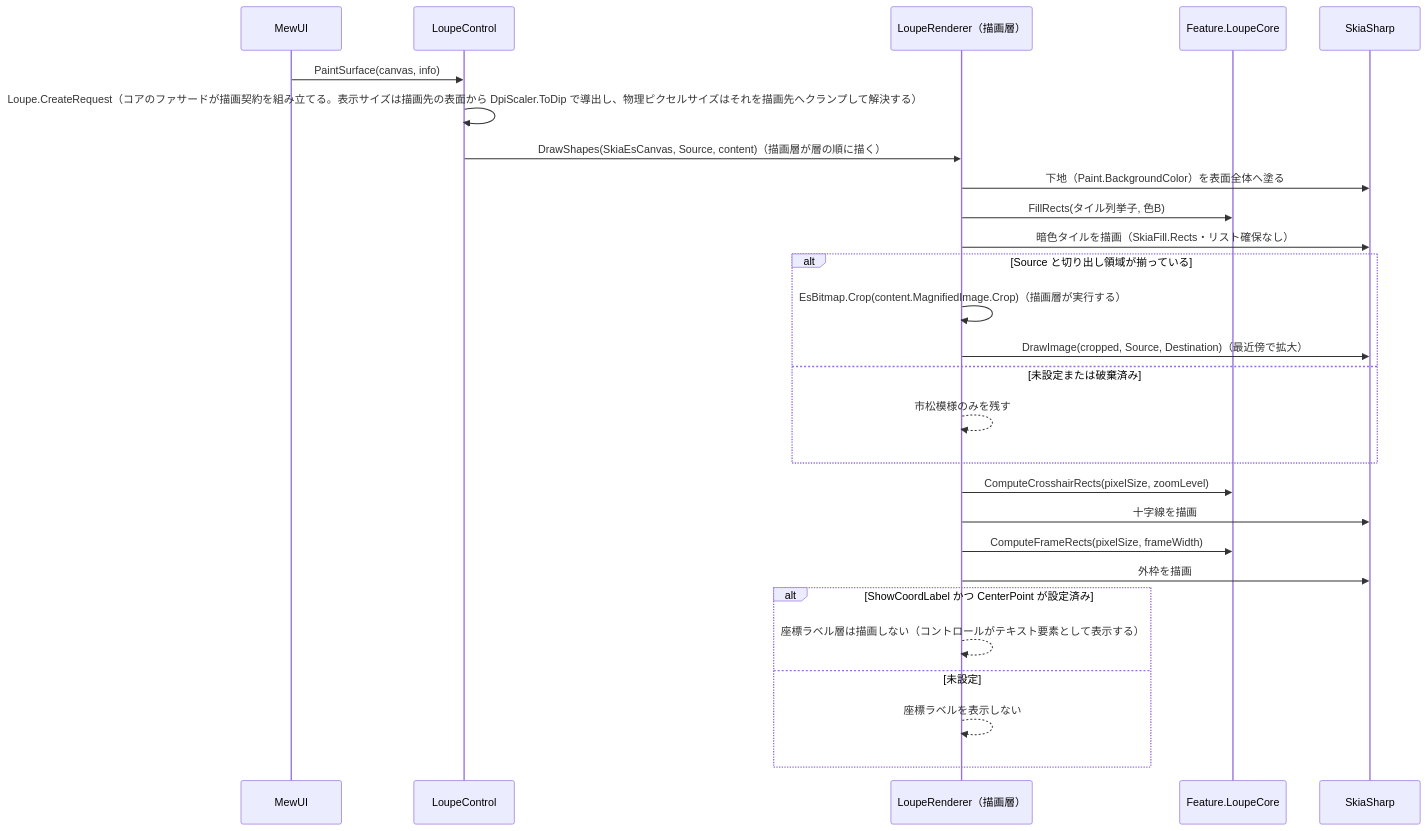
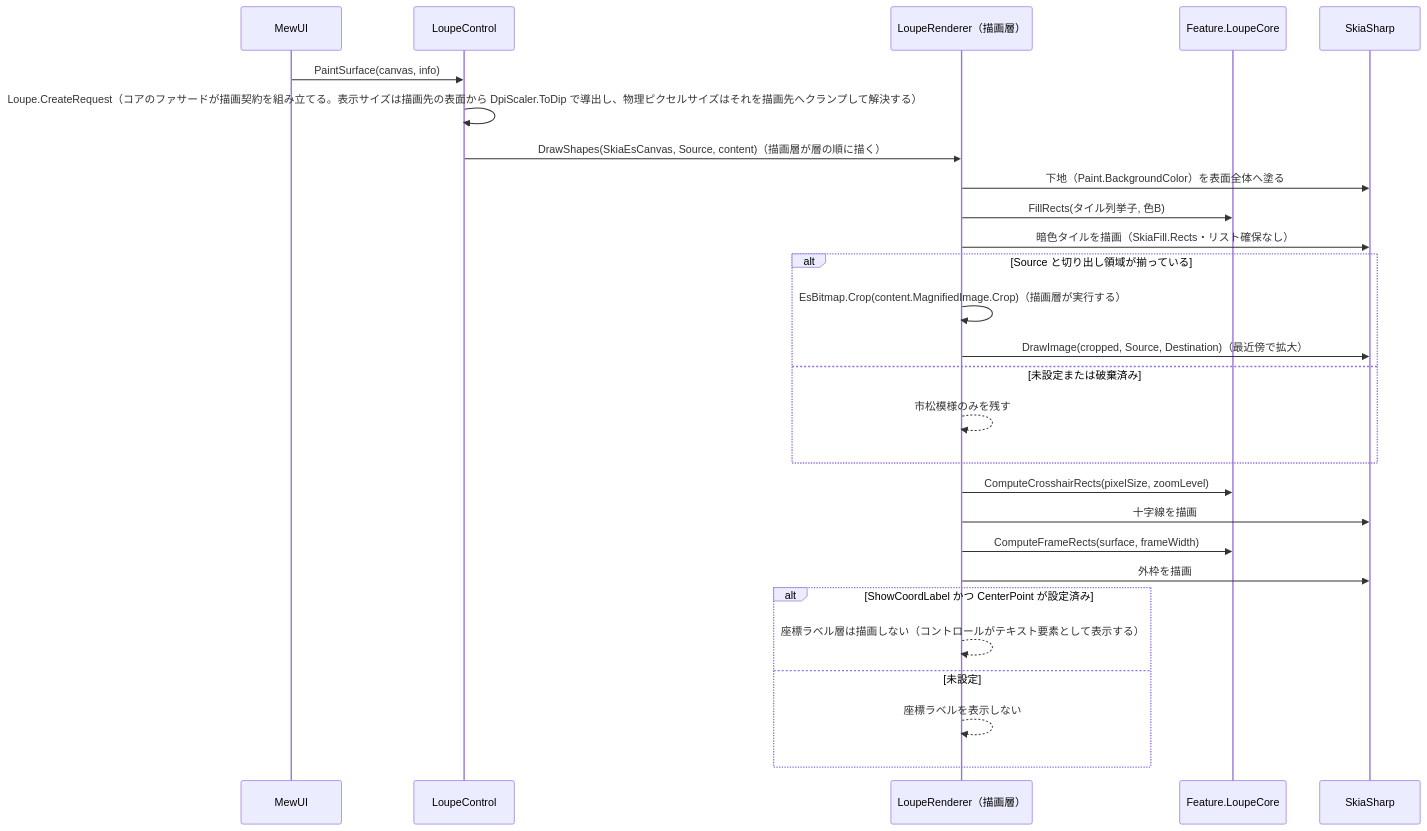
The second of 2 diagrams in src/LoupeControl.MewUI/SPEC_System.md (tomokuni/SaveEvidence), drawn with Mermaid before and after one commit. The commit also changed 25 other files, not shown here.

````diff
--- a/src/LoupeControl.MewUI/SPEC_System.md
+++ b/src/LoupeControl.MewUI/SPEC_System.md
@@ -186,30 +186,30 @@
 ```mermaid
 sequenceDiagram
     participant MW as MewUI
     participant LC as LoupeControl
     participant R as LoupeRenderer（描画層）
     participant C as Feature.LoupeCore
     participant SK as SkiaSharp
 
     MW->>LC: PaintSurface(canvas, info)
     LC->>LC: Loupe.CreateRequest（コアのファサードが描画契約を組み立てる。表示サイズは描画先の表面から DpiScaler.ToDip で導出し、物理ピクセルサイズはそれを描画先へクランプして解決する）
     LC->>R: DrawShapes(SkiaEsCanvas, Source, content)（描画層が層の順に描く）
     R->>SK: 下地（Paint.BackgroundColor）を表面全体へ塗る
     R->>C: FillRects(タイル列挙子, 色B)
     R->>SK: 暗色タイルを描画（SkiaFill.Rects・リスト確保なし）
     alt Source と切り出し領域が揃っている
         R->>R: EsBitmap.Crop(content.MagnifiedImage.Crop)（描画層が実行する）
         R->>SK: DrawImage(cropped, Source, Destination)（最近傍で拡大）
     else 未設定または破棄済み
         R-->>R: 市松模様のみを残す
     end
     R->>C: ComputeCrosshairRects(pixelSize, zoomLevel)
     R->>SK: 十字線を描画
-    R->>C: ComputeFrameRects(pixelSize, frameWidth)
+    R->>C: ComputeFrameRects(surface, frameWidth)
     R->>SK: 外枠を描画
     alt ShowCoordLabel かつ CenterPoint が設定済み
         R-->>R: 座標ラベル層は描画しない（コントロールがテキスト要素として表示する）
     else 未設定
         R-->>R: 座標ラベルを表示しない
     end
 ```
````
